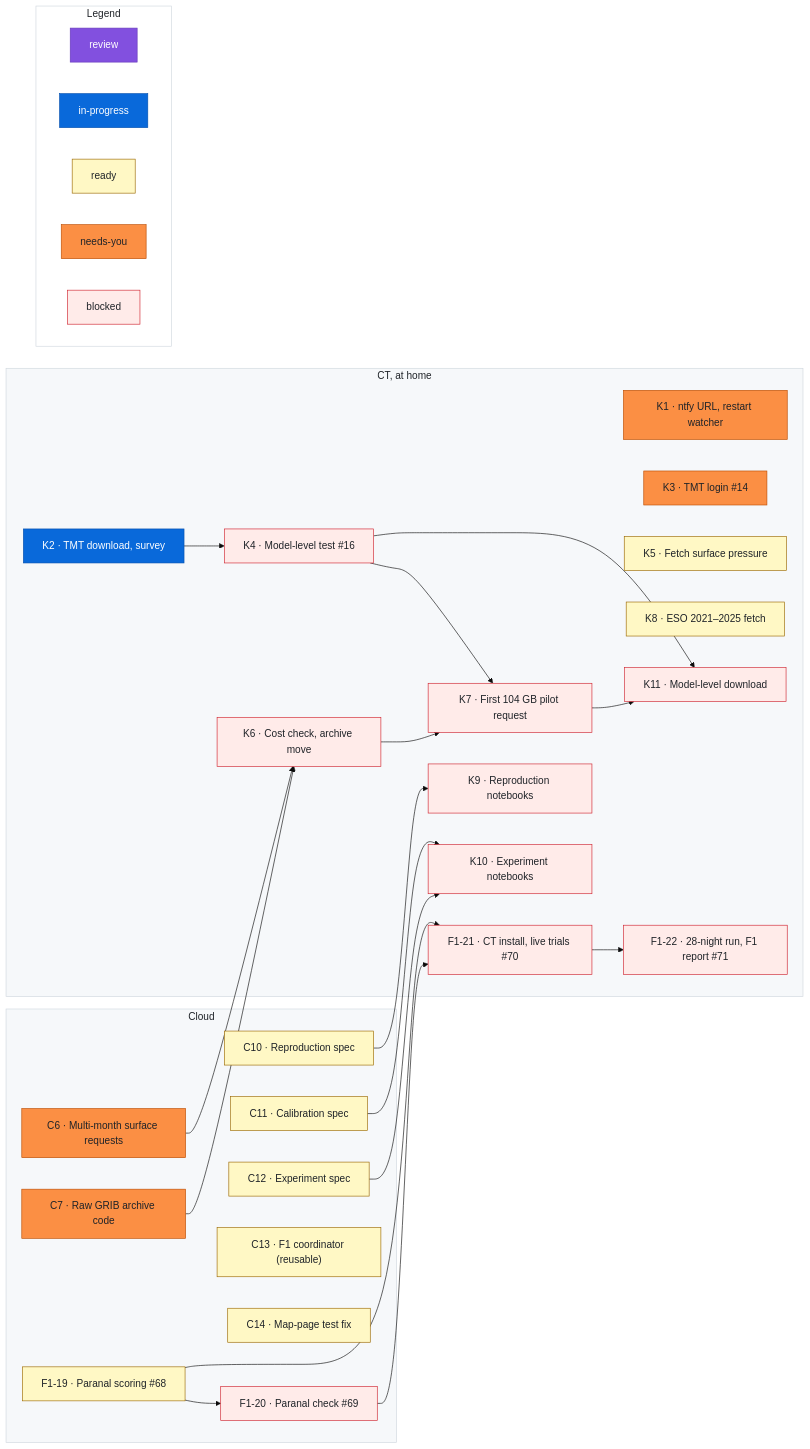
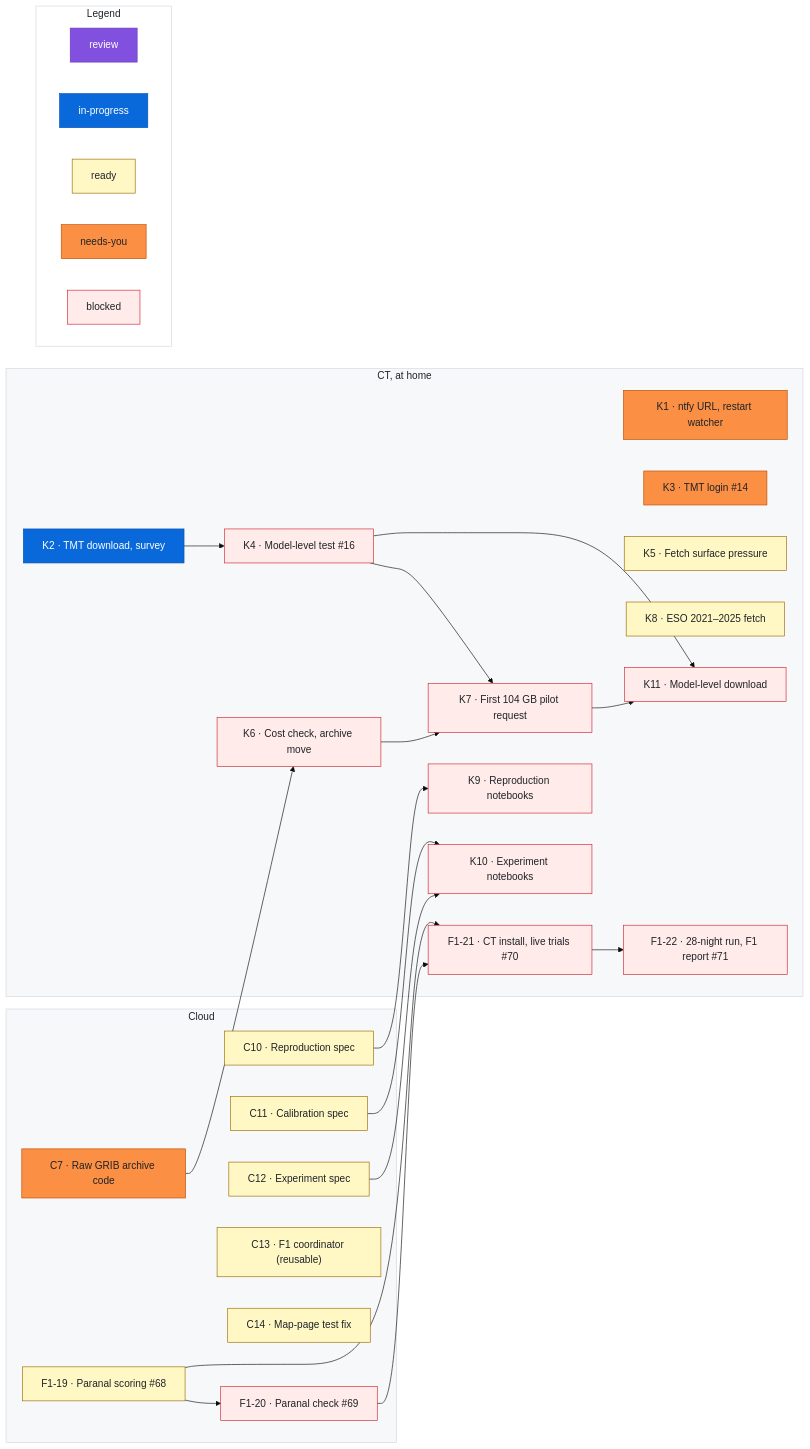
One commit to rrweller/Astro-seeing changed the diagram in docs/roadmap.md. Above: the diagram before and after it, drawn with Mermaid (base theme). The commit also changed other lines of this file, not shown here.

First line of the commit message:
roadmap: remove C6 (#103 merged)

````diff
--- a/docs/roadmap.md
+++ b/docs/roadmap.md
@@ -69,7 +67,6 @@
 ```mermaid
 flowchart LR
   subgraph cloud["Cloud"]
-    C6["C6 · Multi-month surface requests"]
     C7["C7 · Raw GRIB archive code"]
     C10["C10 · Reproduction spec"]
     C11["C11 · Calibration spec"]
@@ -99,7 +96,6 @@
   F1_20 --> F1_21
   F1_21 --> F1_22
   K2 --> K4 --> K7
-  C6 --> K6
   C7 --> K6 --> K7
   C10 --> K9
   C12 --> K10
@@ -123,8 +119,6 @@
   classDef needsyou fill:#fb8f44,stroke:#bc4c00,color:#1f2328
   classDef blocked fill:#ffebe9,stroke:#cf222e,color:#1f2328
   %% Status lines: one per item, each followed by a `%% ---` spacer. Sessions change only the last word.
-  class C6 needsyou
-  %% ---
   class C7 needsyou
   %% ---
   class C10 ready
````
